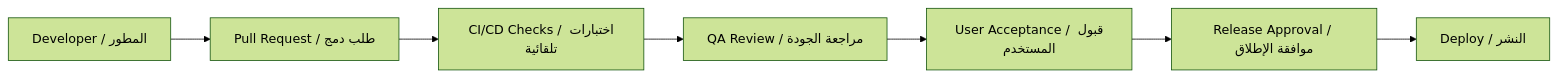
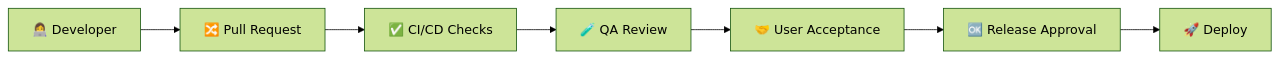
The fifth of 5 diagrams in docs/12-release-and-devops/12-release-and-devops.md (Ash69g/Documentation-Study), drawn with Mermaid (forest theme) before and after one commit. The commit also changed other lines of this file and 8 other files, not shown here.

````diff
--- a/docs/12-release-and-devops/12-release-and-devops.md
+++ b/docs/12-release-and-devops/12-release-and-devops.md
@@ -256,9 +222,9 @@
 ```mermaid
 flowchart LR
-  Dev["Developer / المطور"] --> PR["Pull Request / طلب دمج"]
-  PR --> CI["CI/CD Checks / اختبارات تلقائية"]
-  CI --> QA["QA Review / مراجعة الجودة"]
-  QA --> UAT["User Acceptance / قبول المستخدم"]
-  UAT --> Approve["Release Approval / موافقة الإطلاق"]
-  Approve --> Deploy["Deploy / النشر"]
+  Dev["👩‍💻 Developer"] --> PR["🔀 Pull Request"]
+  PR --> CI["✅ CI/CD Checks"]
+  CI --> QA["🧪 QA Review"]
+  QA --> UAT["🤝 User Acceptance"]
+  UAT --> Approve["🆗 Release Approval"]
+  Approve --> Deploy["🚀 Deploy"]
 ```
````
